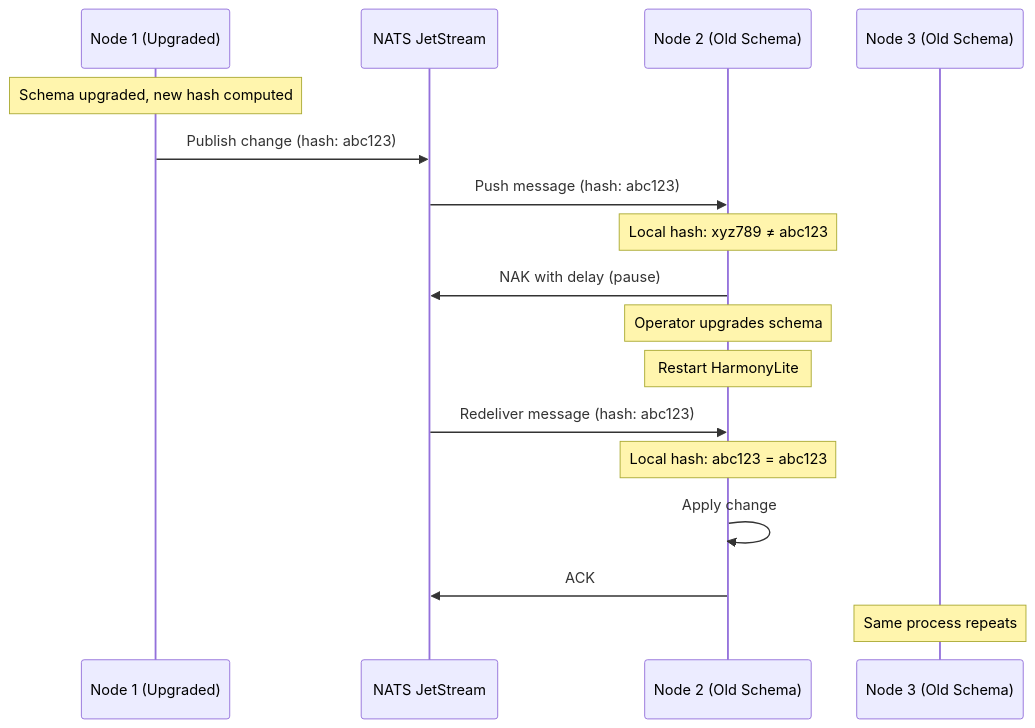
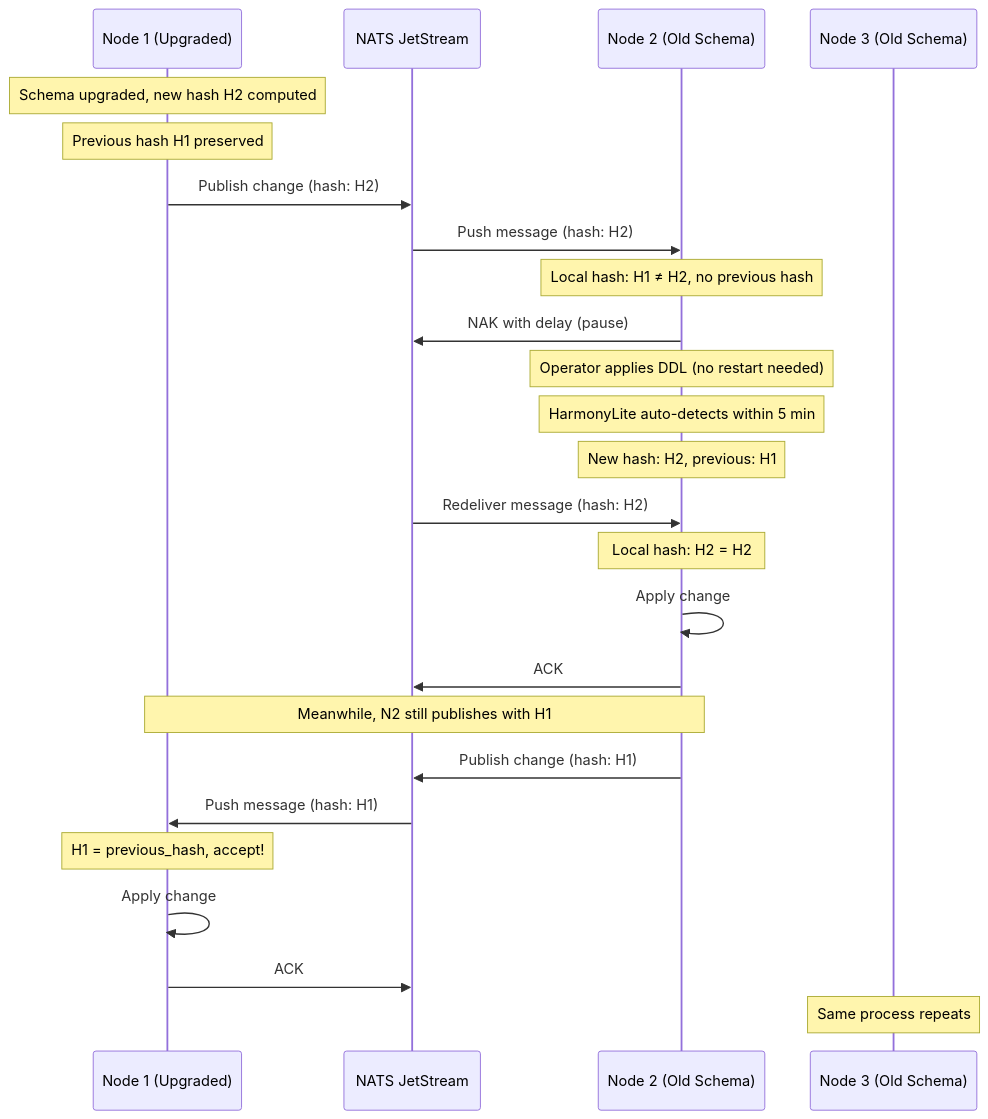
One commit to wongfei2009/harmonylite changed the ninth of 9 diagrams in docs/docs/architecture.md. Above: the diagram before and after it, drawn with Mermaid. The commit also changed other lines of this file and 13 other files, not shown here.

First line of the commit message:
feat: support previous schema hash for smooth rolling upgrades

````diff
--- a/docs/docs/architecture.md
+++ b/docs/docs/architecture.md
@@ -385,24 +388,33 @@
 ```mermaid
 sequenceDiagram
     participant N1 as Node 1 (Upgraded)
     participant NATS as NATS JetStream
     participant N2 as Node 2 (Old Schema)
     participant N3 as Node 3 (Old Schema)
     
-    Note over N1: Schema upgraded, new hash computed
-    N1->>NATS: Publish change (hash: abc123)
+    Note over N1: Schema upgraded, new hash H2 computed
+    Note over N1: Previous hash H1 preserved
+    N1->>NATS: Publish change (hash: H2)
     
-    NATS->>N2: Push message (hash: abc123)
-    Note over N2: Local hash: xyz789 ≠ abc123
+    NATS->>N2: Push message (hash: H2)
+    Note over N2: Local hash: H1 ≠ H2, no previous hash
     N2->>NATS: NAK with delay (pause)
     
-    Note over N2: Operator upgrades schema
-    Note over N2: Restart HarmonyLite
+    Note over N2: Operator applies DDL (no restart needed)
+    Note over N2: HarmonyLite auto-detects within 5 min
+    Note over N2: New hash: H2, previous: H1
     
-    NATS->>N2: Redeliver message (hash: abc123)
-    Note over N2: Local hash: abc123 = abc123
+    NATS->>N2: Redeliver message (hash: H2)
+    Note over N2: Local hash: H2 = H2
     N2->>N2: Apply change
     N2->>NATS: ACK
     
+    Note over N1,N2: Meanwhile, N2 still publishes with H1
+    N2->>NATS: Publish change (hash: H1)
+    NATS->>N1: Push message (hash: H1)
+    Note over N1: H1 = previous_hash, accept!
+    N1->>N1: Apply change
+    N1->>NATS: ACK
+    
     Note over N3: Same process repeats
 ```
````
